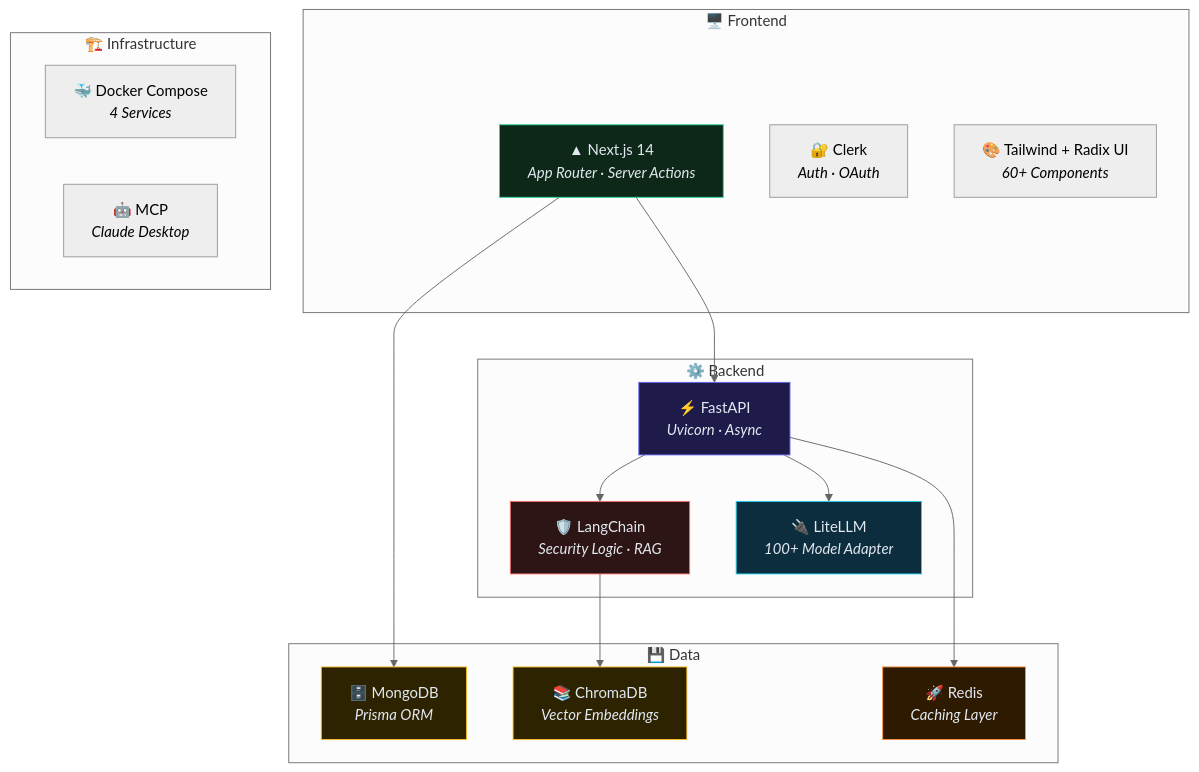
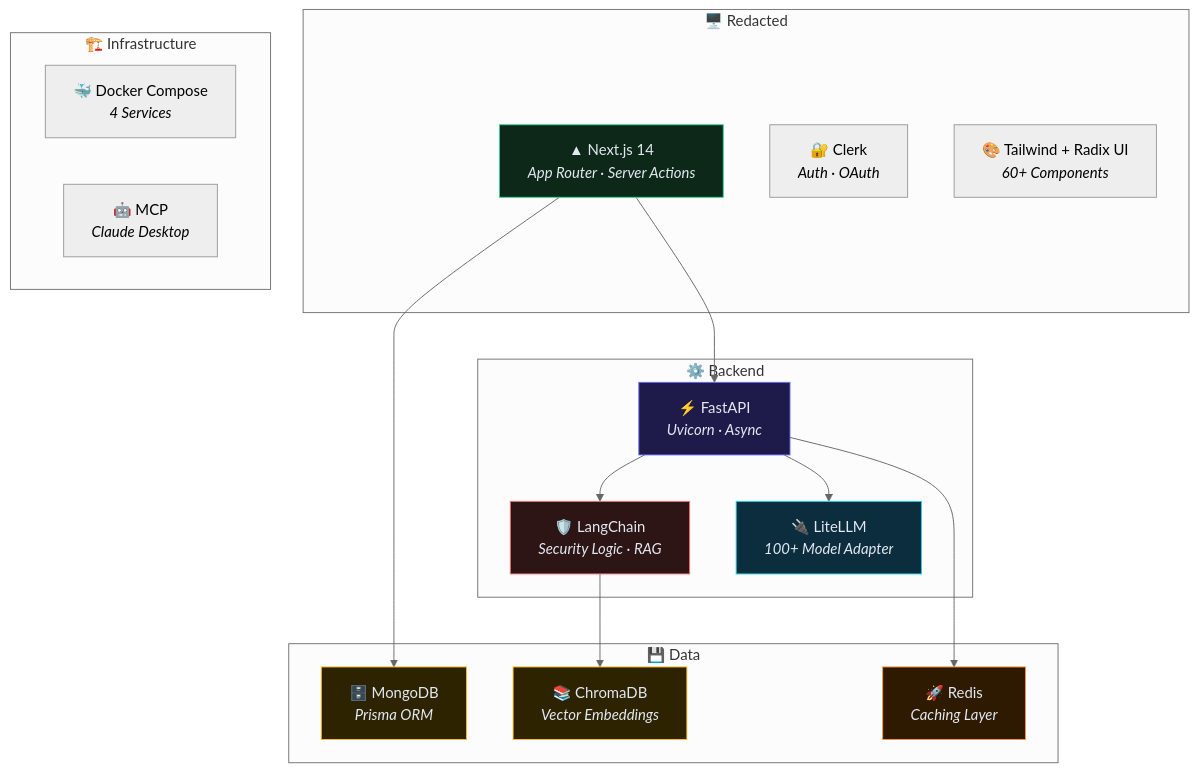
The sixth of 6 diagrams in README.md (lidorpahima/Redacted), drawn with Mermaid (neutral theme) before and after one commit. The commit also changed other lines of this file and 185 other files, not shown here.

````diff
--- a/README.md
+++ b/README.md
@@ -272,40 +272,40 @@
 ```mermaid
 graph TB
-    subgraph "🖥️ Frontend"
+    subgraph "🖥️ Redacted"
         Next["▲ Next.js 14<br/><i>App Router · Server Actions</i>"]
         Clerk["🔐 Clerk<br/><i>Auth · OAuth</i>"]
         Tailwind["🎨 Tailwind + Radix UI<br/><i>60+ Components</i>"]
     end
 
     subgraph "⚙️ Backend"
         FastAPI["⚡ FastAPI<br/><i>Uvicorn · Async</i>"]
         LangChain["🛡️ LangChain<br/><i>Security Logic · RAG</i>"]
         LiteLLM["🔌 LiteLLM<br/><i>100+ Model Adapter</i>"]
     end
 
     subgraph "💾 Data"
         MongoDB["🗄️ MongoDB<br/><i>Prisma ORM</i>"]
         ChromaDB["📚 ChromaDB<br/><i>Vector Embeddings</i>"]
         Redis["🚀 Redis<br/><i>Caching Layer</i>"]
     end
 
     subgraph "🏗️ Infrastructure"
         Docker["🐳 Docker Compose<br/><i>4 Services</i>"]
         MCP["🤖 MCP<br/><i>Claude Desktop</i>"]
     end
 
     Next --> FastAPI
     FastAPI --> LangChain
     FastAPI --> LiteLLM
     Next --> MongoDB
     LangChain --> ChromaDB
     FastAPI --> Redis
 
     style Next fill:#0d2818,stroke:#34d399,color:#e2e8f0
     style FastAPI fill:#1e1b4b,stroke:#6366f1,color:#e2e8f0
     style LangChain fill:#2d1515,stroke:#f87171,color:#e2e8f0
     style LiteLLM fill:#0c2d3e,stroke:#22d3ee,color:#e2e8f0
     style MongoDB fill:#2d2300,stroke:#fbbf24,color:#e2e8f0
     style ChromaDB fill:#2d2300,stroke:#fbbf24,color:#e2e8f0
     style Redis fill:#2d1a00,stroke:#fb923c,color:#e2e8f0
 ```
````
